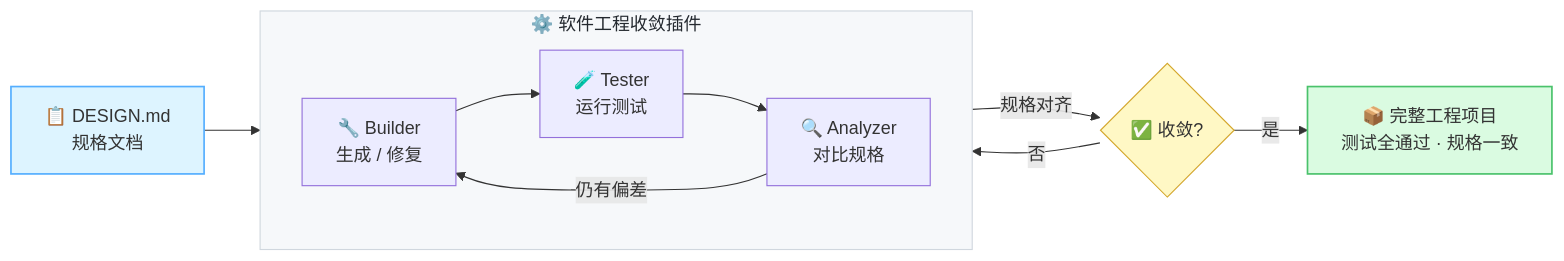
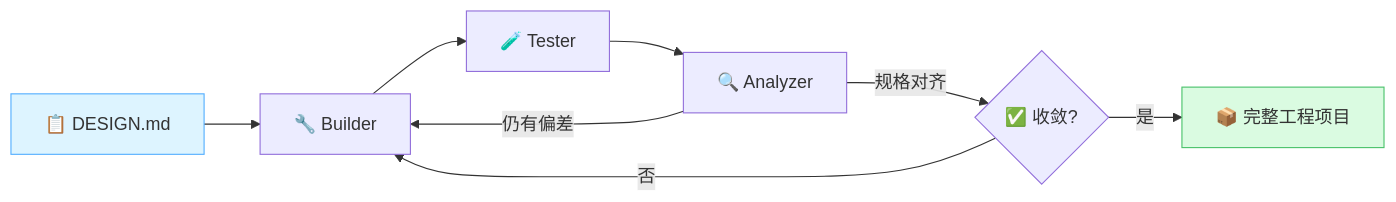
The second of 2 diagrams in README.md (georgewangchn/MoDou), drawn with Mermaid before and after one commit. The commit also changed other lines of this file, not shown here.

````diff
--- a/README.md
+++ b/README.md
@@ -113,19 +116,10 @@
 ```mermaid
 flowchart LR
-    D["📋 DESIGN.md<br/>规格文档"] --> RT
-
-    subgraph RT["⚙️ 软件工程收敛插件"]
-        direction LR
-        B["🔧 Builder<br/>生成 / 修复"] --> T["🧪 Tester<br/>运行测试"] --> A["🔍 Analyzer<br/>对比规格"]
-        A -->|仍有偏差| B
-    end
-
+    D["📋 DESIGN.md"] --> B["🔧 Builder"] --> T["🧪 Tester"] --> A["🔍 Analyzer"]
+    A -->|仍有偏差| B
     A -->|规格对齐| C{"✅ 收敛?"}
     C -->|否| B
-    C -->|是| O["📦 完整工程项目<br/>测试全通过 · 规格一致"]
-
-    style D fill:#ddf4ff,stroke:#54aeff,stroke-width:1.5px
-    style O fill:#dafbe1,stroke:#4ac26b,stroke-width:1.5px
-    style C fill:#fff8c5,stroke:#d4a72c
-    style RT fill:#f6f8fa,stroke:#d0d7de,stroke-width:1px,color:#24292f
+    C -->|是| O["📦 完整工程项目"]
+    style D fill:#ddf4ff,stroke:#54aeff
+    style O fill:#dafbe1,stroke:#4ac26b
 ```
````
